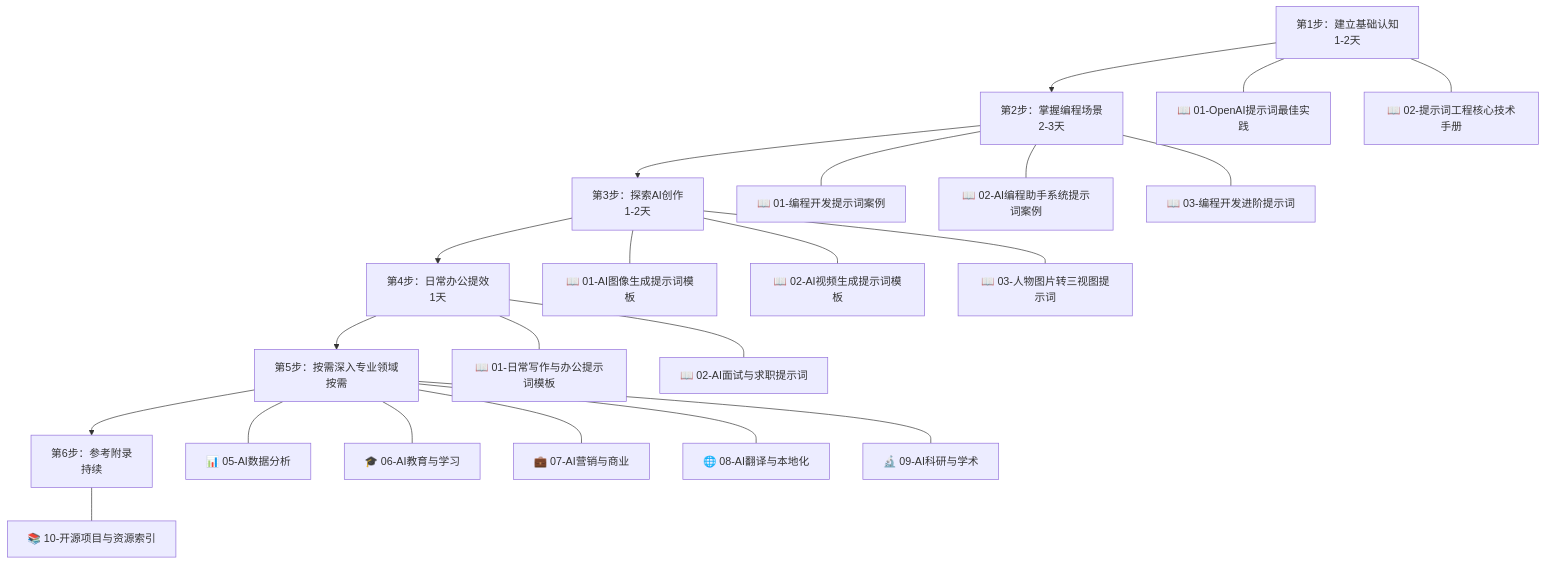
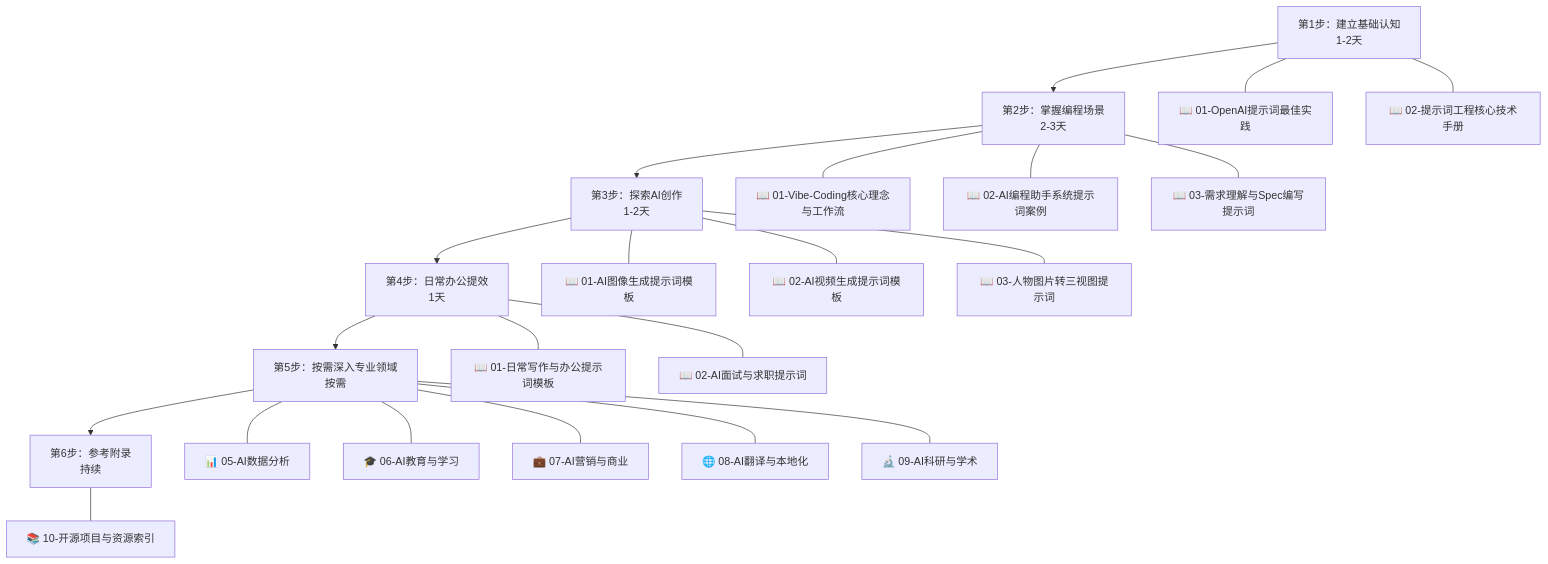
One commit to Wunseol/prompt-engineering-case-library changed the diagram in docs/01-学习路线.md. Above: the diagram before and after it, drawn with Mermaid. The commit also changed other lines of this file and 47 other files, not shown here.

````diff
--- a/docs/01-学习路线.md
+++ b/docs/01-学习路线.md
@@ -7,25 +7,25 @@
 ```mermaid
 flowchart TD
     A["第1步：建立基础认知<br/>1-2天"] --> B["第2步：掌握编程场景<br/>2-3天"]
     B --> C["第3步：探索AI创作<br/>1-2天"]
     C --> D["第4步：日常办公提效<br/>1天"]
     D --> E["第5步：按需深入专业领域<br/>按需"]
     E --> F["第6步：参考附录<br/>持续"]
 
     A --- A1["📖 01-OpenAI提示词最佳实践"]
     A --- A2["📖 02-提示词工程核心技术手册"]
-    B --- B1["📖 01-编程开发提示词案例"]
+    B --- B1["📖 01-Vibe-Coding核心理念与工作流"]
     B --- B2["📖 02-AI编程助手系统提示词案例"]
-    B --- B3["📖 03-编程开发进阶提示词"]
+    B --- B3["📖 03-需求理解与Spec编写提示词"]
     C --- C1["📖 01-AI图像生成提示词模板"]
     C --- C2["📖 02-AI视频生成提示词模板"]
     C --- C3["📖 03-人物图片转三视图提示词"]
     D --- D1["📖 01-日常写作与办公提示词模板"]
     D --- D2["📖 02-AI面试与求职提示词"]
     E --- E1["📊 05-AI数据分析"]
     E --- E2["🎓 06-AI教育与学习"]
     E --- E3["💼 07-AI营销与商业"]
     E --- E4["🌐 08-AI翻译与本地化"]
     E --- E5["🔬 09-AI科研与学术"]
     F --- F1["📚 10-开源项目与资源索引"]
 ```
````
